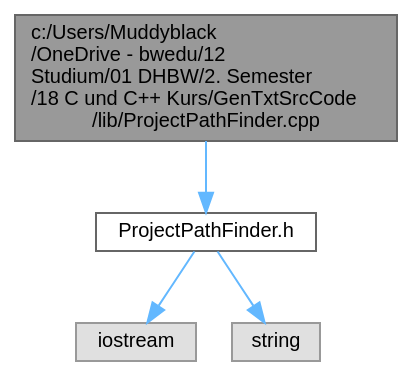
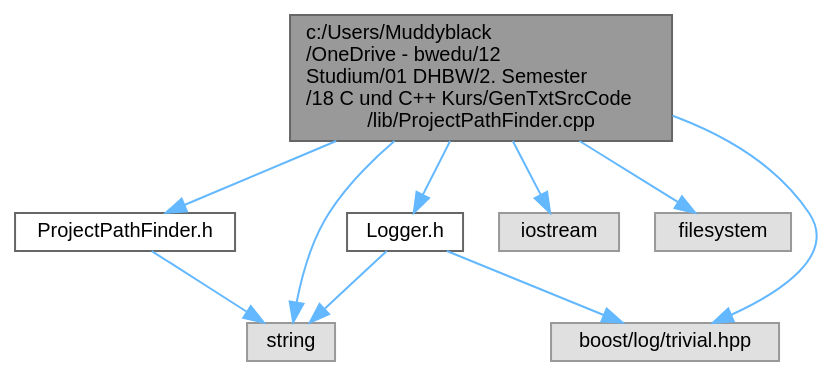
The diagram in _project_path_finder_8cpp__incl.dot (Muddyblack/Cpp_Project), drawn with Graphviz before and after one commit. The commit also changed 194 other files, not shown here.

```diff
--- a/_project_path_finder_8cpp__incl.dot
+++ b/_project_path_finder_8cpp__incl.dot
@@ -1,14 +1,23 @@
 digraph "c:/Users/Muddyblack/OneDrive - bwedu/12 Studium/01 DHBW/2. Semester/18 C und C++ Kurs/GenTxtSrcCode/lib/ProjectPathFinder.cpp"
 {
  // LATEX_PDF_SIZE
   bgcolor="transparent";
   edge [fontname=Helvetica,fontsize=10,labelfontname=Helvetica,labelfontsize=10];
   node [fontname=Helvetica,fontsize=10,shape=box,height=0.2,width=0.4];
   Node1 [id="Node000001",label="c:/Users/Muddyblack\l/OneDrive - bwedu/12\l Studium/01 DHBW/2. Semester\l/18 C und C++ Kurs/GenTxtSrcCode\l/lib/ProjectPathFinder.cpp",height=0.2,width=0.4,color="gray40", fillcolor="grey60", style="filled", fontcolor="black",tooltip=" "];
   Node1 -> Node2 [id="edge1_Node000001_Node000002",color="steelblue1",style="solid",tooltip=" "];
   Node2 [id="Node000002",label="ProjectPathFinder.h",height=0.2,width=0.4,color="grey40", fillcolor="white", style="filled",URL="$_project_path_finder_8h.html",tooltip="Contains functions and classes for retrieving the project path."];
   Node2 -> Node3 [id="edge2_Node000002_Node000003",color="steelblue1",style="solid",tooltip=" "];
-  Node3 [id="Node000003",label="iostream",height=0.2,width=0.4,color="grey60", fillcolor="#E0E0E0", style="filled",tooltip=" "];
-  Node2 -> Node4 [id="edge3_Node000002_Node000004",color="steelblue1",style="solid",tooltip=" "];
-  Node4 [id="Node000004",label="string",height=0.2,width=0.4,color="grey60", fillcolor="#E0E0E0", style="filled",tooltip=" "];
+  Node3 [id="Node000003",label="string",height=0.2,width=0.4,color="grey60", fillcolor="#E0E0E0", style="filled",tooltip=" "];
+  Node1 -> Node4 [id="edge3_Node000001_Node000004",color="steelblue1",style="solid",tooltip=" "];
+  Node4 [id="Node000004",label="boost/log/trivial.hpp",height=0.2,width=0.4,color="grey60", fillcolor="#E0E0E0", style="filled",tooltip=" "];
+  Node1 -> Node5 [id="edge4_Node000001_Node000005",color="steelblue1",style="solid",tooltip=" "];
+  Node5 [id="Node000005",label="iostream",height=0.2,width=0.4,color="grey60", fillcolor="#E0E0E0", style="filled",tooltip=" "];
+  Node1 -> Node3 [id="edge5_Node000001_Node000003",color="steelblue1",style="solid",tooltip=" "];
+  Node1 -> Node6 [id="edge6_Node000001_Node000006",color="steelblue1",style="solid",tooltip=" "];
+  Node6 [id="Node000006",label="filesystem",height=0.2,width=0.4,color="grey60", fillcolor="#E0E0E0", style="filled",tooltip=" "];
+  Node1 -> Node7 [id="edge7_Node000001_Node000007",color="steelblue1",style="solid",tooltip=" "];
+  Node7 [id="Node000007",label="Logger.h",height=0.2,width=0.4,color="grey40", fillcolor="white", style="filled",URL="$_logger_8h.html",tooltip="Contains functions for initializing the logger."];
+  Node7 -> Node4 [id="edge8_Node000007_Node000004",color="steelblue1",style="solid",tooltip=" "];
+  Node7 -> Node3 [id="edge9_Node000007_Node000003",color="steelblue1",style="solid",tooltip=" "];
 }
```
